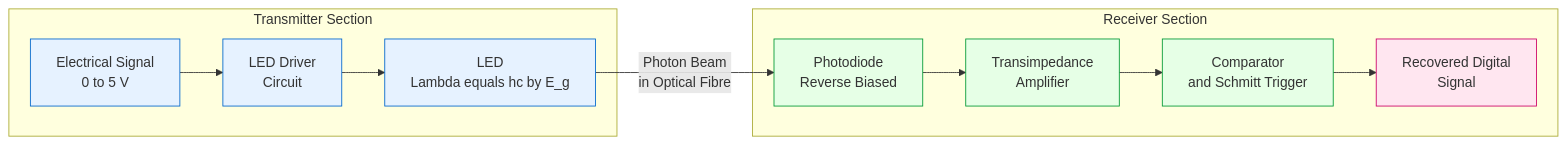
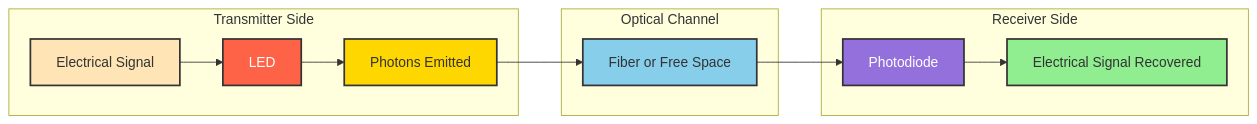
Before and after one commit to vishnuu-kr/ktunode: the fourth of 5 diagrams in public/notes/computer-science-and-engineering/semester-1/gapht121-physics-for-information-science/04-module-4-semiconductor-devices/applications/notes.md, drawn with Mermaid. The commit also changed other lines of this file and 4829 other files, not shown here.

````diff
--- a/public/notes/computer-science-and-engineering/semester-1/gapht121-physics-for-information-science/04-module-4-semiconductor-devices/applications/notes.md
+++ b/public/notes/computer-science-and-engineering/semester-1/gapht121-physics-for-information-science/04-module-4-semiconductor-devices/applications/notes.md
@@ -727,25 +503,20 @@
 ```mermaid
 flowchart LR
-    subgraph TX[Transmitter Section]
-        ELEC[Electrical Signal<br/>0 to 5 V] --> DRIVE[LED Driver<br/>Circuit]
-        DRIVE --> LED[LED<br/>Lambda equals hc by E_g]
+    subgraph TX["Transmitter Side"]
+        A1[Electrical Signal] --> A2[LED]
+        A2 --> A3[Photons Emitted]
     end
-
-    LED -->|Photon Beam<br/>in Optical Fibre| PD
-
-    subgraph RX[Receiver Section]
-        PD[Photodiode<br/>Reverse Biased]
-        PD --> AMP[Transimpedance<br/>Amplifier]
-        AMP --> COMP[Comparator<br/>and Schmitt Trigger]
-        COMP --> OUT[Recovered Digital<br/>Signal]
+    subgraph CHANNEL["Optical Channel"]
+        A3 --> B1[Fiber or Free Space]
     end
-
-    classDef txStyle fill:#e6f2ff,stroke:#0066cc
-    classDef fiberStyle fill:#fff4cc,stroke:#cc9900
-    classDef rxStyle fill:#e6ffe6,stroke:#009933
-    classDef outStyle fill:#ffe6f0,stroke:#cc0066
-
-    class ELEC,DRIVE,LED txStyle
-    class PD,AMP,COMP rxStyle
-    class OUT outStyle
+    subgraph RX["Receiver Side"]
+        B1 --> B2[Photodiode]
+        B2 --> B3[Electrical Signal Recovered]
+    end
+    style A1 fill:#FFE4B5,stroke:#333,stroke-width:2px
+    style A2 fill:#FF6347,stroke:#333,stroke-width:2px,color:#fff
+    style A3 fill:#FFD700,stroke:#333,stroke-width:2px
+    style B1 fill:#87CEEB,stroke:#333,stroke-width:2px
+    style B2 fill:#9370DB,stroke:#333,stroke-width:2px,color:#fff
+    style B3 fill:#90EE90,stroke:#333,stroke-width:2px
 ```
````
